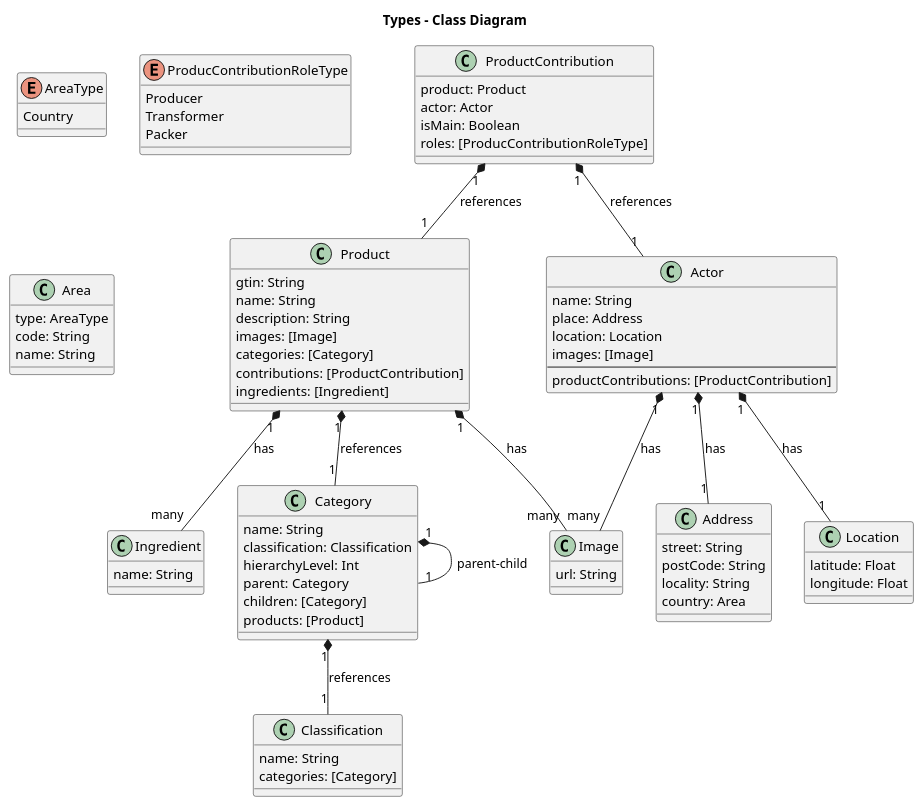
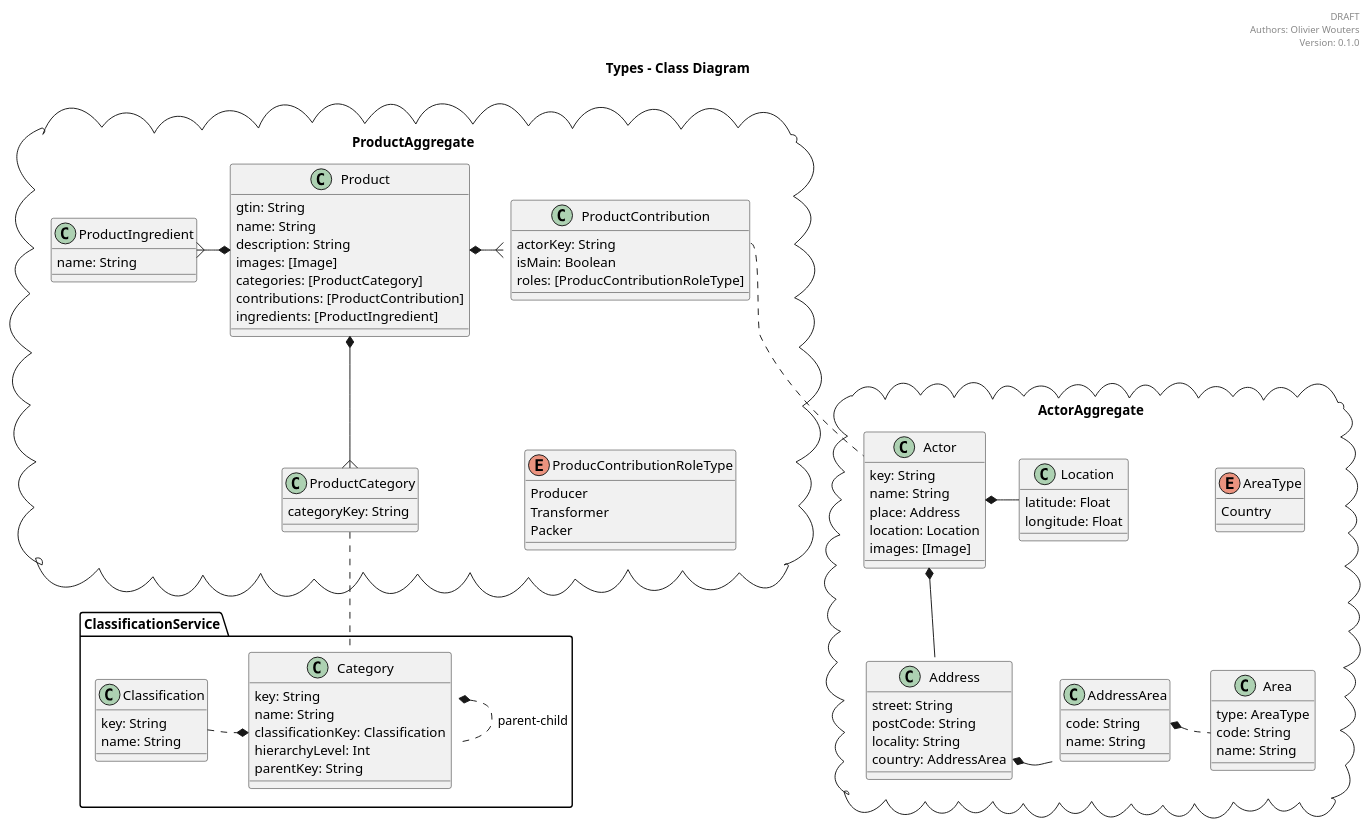
Before and after one commit to digicirco/short-supply-chains-model: the diagram in class-test-puml.puml, drawn with PlantUML.

```diff
--- a/class-test-puml.puml
+++ b/class-test-puml.puml
@@ -1,96 +1,124 @@
 @startuml
+
+header
+DRAFT
+Authors: Olivier Wouters
+Version: 0.1.0
+endheader
 
 title Types - Class Diagram
 
-ProductContribution "1" *-- "1" Actor : references
-ProductContribution "1" *-- "1" Product : references
+package ProductAggregate <<Cloud>> {
 
-Product "1" *-- "1" Category : references
-Product "1" *-- "many" Ingredient : has
-Product "1" *-- "many" Image : has
-
-Actor "1" *-- "many" Image : has
-Actor "1" *-- "1" Address : has
-Actor "1" *-- "1" Location : has
-
-Category "1" *-- "1" Classification : references
-Category "1" *-- "1" Category : parent-child
-
-class Actor {
-  name: String
-  place: Address
-  location: Location
-  images: [Image]
-  --
-  productContributions: [ProductContribution]
-}
-
-class Classification {
-    name: String
-    categories: [Category]
-}
-
-class Category {
-    name: String
-    classification: Classification
-    hierarchyLevel: Int
-    parent: Category
-    children: [Category]
-    products: [Product]
-}
-
-class Product {
-    gtin: String
-    name: String
-    description: String
-    images: [Image]
-    categories: [Category]
-    contributions: [ProductContribution]
-    ingredients: [Ingredient]
-}
-
-class Ingredient {
-    name: String
-}
-
-class ProductContribution {
-    product: Product
-    actor: Actor
-    isMain: Boolean
-    roles: [ProducContributionRoleType]
-}
-
-enum AreaType {
-    Country
-}
-
-enum ProducContributionRoleType {
+  class Product {
+      gtin: String
+      name: String
+      description: String
+      images: [Image]
+      categories: [ProductCategory]
+      contributions: [ProductContribution]
+      ingredients: [ProductIngredient]
+  }
+  
+  Product *-right-{ ProductContribution
+  Product *-down-{ ProductCategory
+  Product *-left-{ ProductIngredient
+  
+  class ProductContribution {
+      actorKey: String
+      isMain: Boolean
+      roles: [ProducContributionRoleType]
+  }
+  
+  ProductContribution -down[hidden]- ProducContributionRoleType
+  
+  enum ProducContributionRoleType {
     Producer
     Transformer
     Packer
+  }
+  
+  class ProductCategory {
+    categoryKey: String
+  }
+  
+  class ProductIngredient {
+      name: String
+  }
 }
 
-class Address {
+ProductAggregate -right[hidden]- ActorAggregate
+
+package ActorAggregate <<Cloud>> {
+
+  ProductContribution::actorKey .. Actor
+
+  class Actor {
+    key: String
+    name: String
+    place: Address
+    location: Location
+    images: [Image]
+  }
+  
+  Actor *-down- Address
+  Actor *-right- Location
+  
+  class Address {
     street: String
     postCode: String
     locality: String
-    country: Area
-}
-
-class Area {
+    country: AddressArea
+  }
+  
+  Address::country *-right- AddressArea
+  
+  class AddressArea {
+    code: String
+    name: String
+  }
+  
+  AddressArea::code *.right. Area
+  
+  class Area {
     type: AreaType
     code: String
     name: String
-}
+  }
+  
+  Area .up[hidden]. AreaType
+  
+  enum AreaType {
+      Country
+  }
+  
+  class Location {
+      latitude: Float
+      longitude: Float
+  }
 
-class Location {
-    latitude: Float
-    longitude: Float
-}
-
-class Image {
-    url: String
 }
 
 
+package ClassificationService {
+
+  ProductCategory .down. Category
+  
+  class Classification {
+    key: String
+    name: String
+  }
+  
+  Category::classificationKey *.left. Classification
+  Category *.right. Category : parent-child
+  
+  class Category {
+    key: String
+    name: String
+    classificationKey: Classification
+    hierarchyLevel: Int
+    parentKey: String
+  }
+}
+
 @enduml
```
